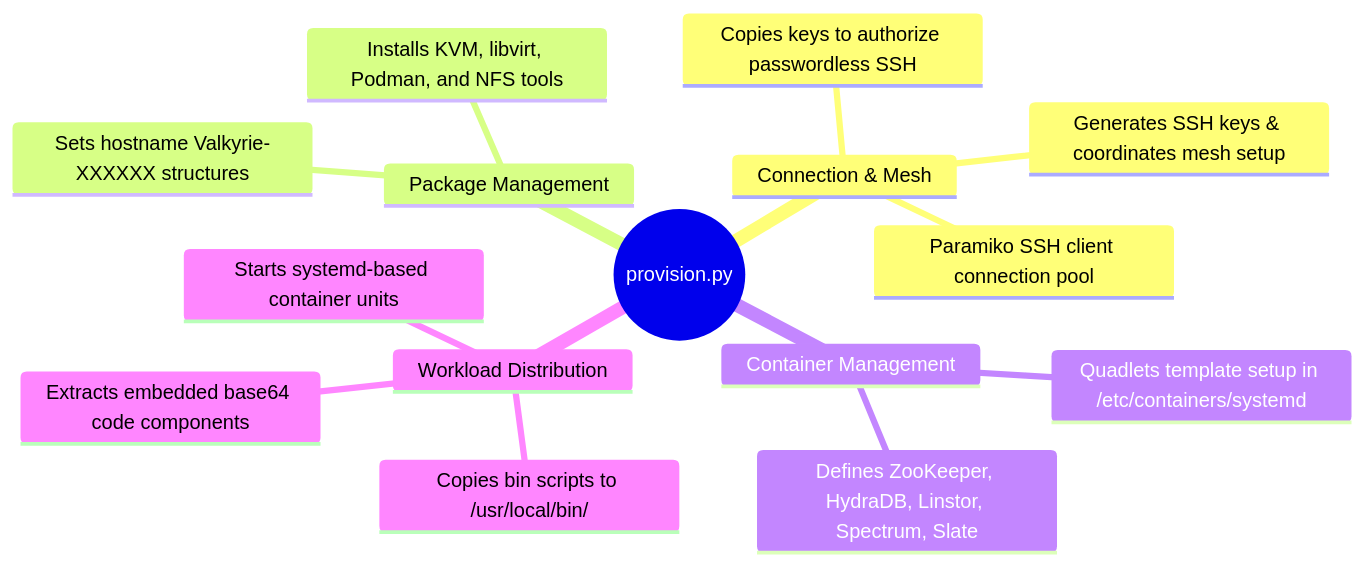
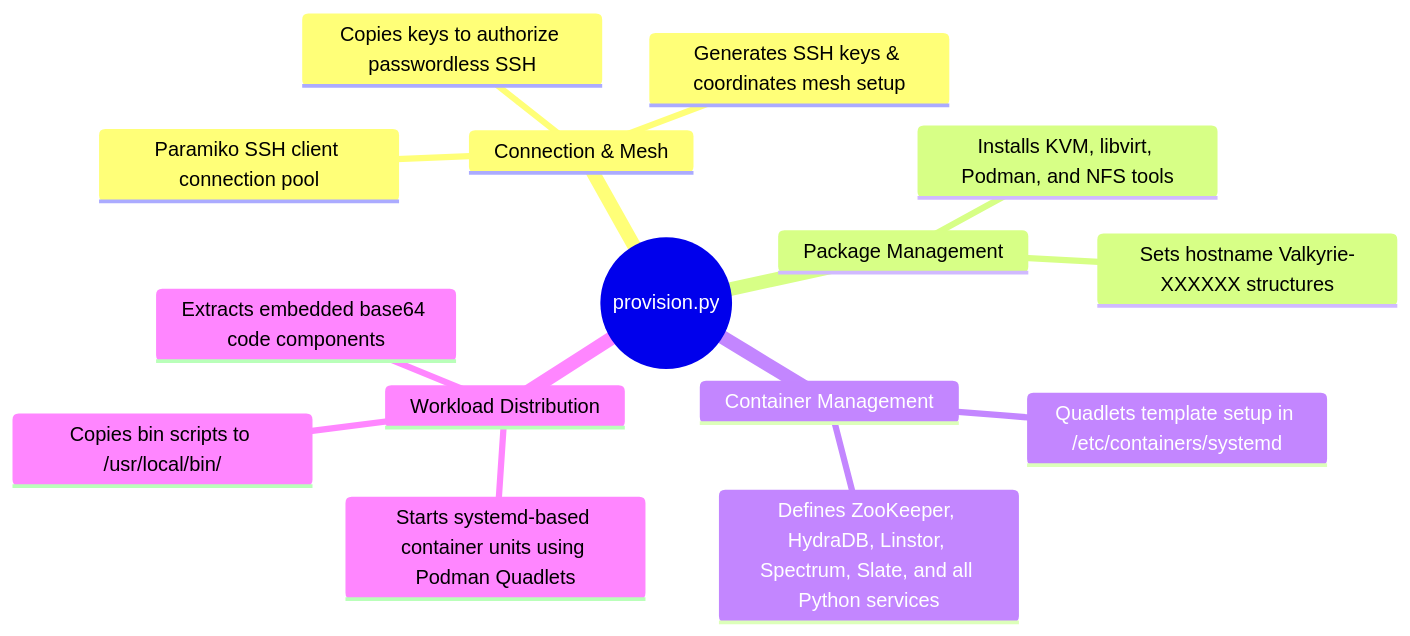
Before and after one commit to AuroraRyunix/Helios-HCI: the diagram in docs/provision_technical.md, drawn with Mermaid. The commit also changed other lines of this file and 4 other files, not shown here.

Commit message:
feat: migrate all host Python services to containerized Podman Quadlets, resolving EL10.2 distro-agnostic dependency boundaries

````diff
--- a/docs/provision_technical.md
+++ b/docs/provision_technical.md
@@ -7,18 +7,18 @@
 ```mermaid
 mindmap
   root((provision.py))
     Connection & Mesh
       Paramiko SSH client connection pool
       Generates SSH keys & coordinates mesh setup
       Copies keys to authorize passwordless SSH
     Package Management
       Installs KVM, libvirt, Podman, and NFS tools
       Sets hostname Valkyrie-XXXXXX structures
     Container Management
       Quadlets template setup in /etc/containers/systemd
-      Defines ZooKeeper, HydraDB, Linstor, Spectrum, Slate
+      Defines ZooKeeper, HydraDB, Linstor, Spectrum, Slate, and all Python services
     Workload Distribution
       Extracts embedded base64 code components
       Copies bin scripts to /usr/local/bin/
-      Starts systemd-based container units
+      Starts systemd-based container units using Podman Quadlets
 ```
````
